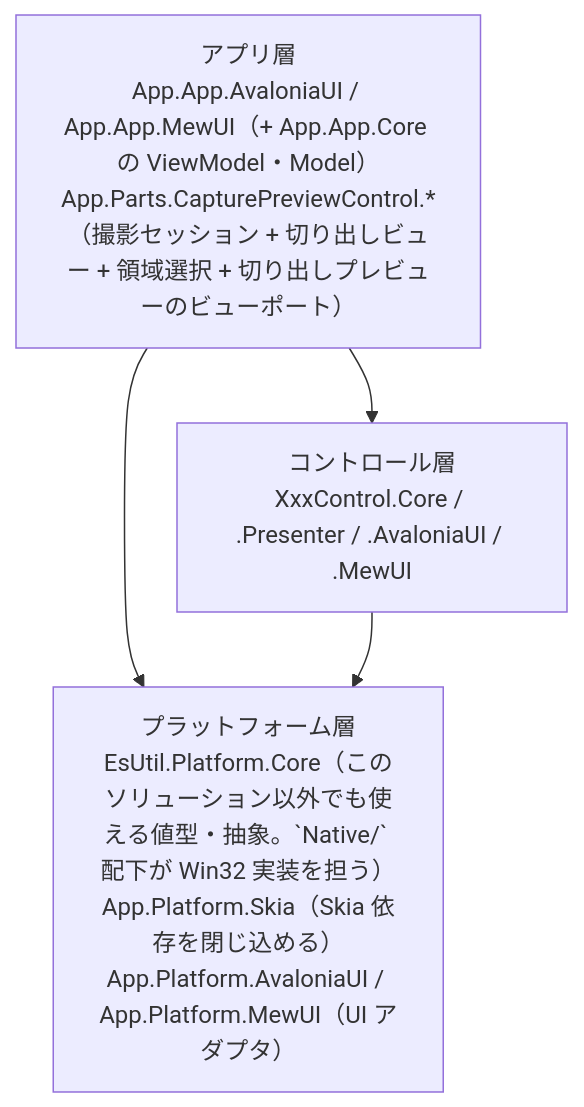
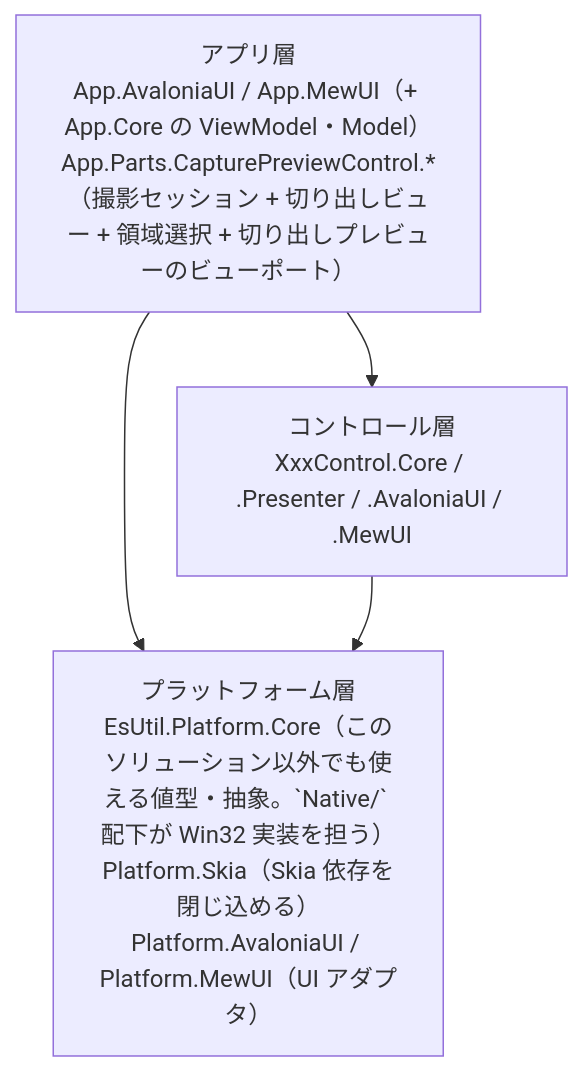
The first of 2 diagrams in src/README.md (tomokuni/SaveEvidence), drawn with Mermaid before and after one commit. The commit also changed other lines of this file and 585 other files, not shown here.

````diff
--- a/src/README.md
+++ b/src/README.md
@@ -8,9 +8,9 @@
 ```mermaid
 flowchart TB
-    APP["アプリ層<br/>App.App.AvaloniaUI / App.App.MewUI（+ App.App.Core の ViewModel・Model）<br/>App.Parts.CapturePreviewControl.*（撮影セッション + 切り出しビュー + 領域選択 + 切り出しプレビューのビューポート）"]
+    APP["アプリ層<br/>App.AvaloniaUI / App.MewUI（+ App.Core の ViewModel・Model）<br/>App.Parts.CapturePreviewControl.*（撮影セッション + 切り出しビュー + 領域選択 + 切り出しプレビューのビューポート）"]
     CTRL["コントロール層<br/>XxxControl.Core / .Presenter / .AvaloniaUI / .MewUI"]
-    PLAT["プラットフォーム層<br/>EsUtil.Platform.Core（このソリューション以外でも使える値型・抽象。`Native/` 配下が Win32 実装を担う）<br/>App.Platform.Skia（Skia 依存を閉じ込める）<br/>App.Platform.AvaloniaUI / App.Platform.MewUI（UI アダプタ）"]
+    PLAT["プラットフォーム層<br/>EsUtil.Platform.Core（このソリューション以外でも使える値型・抽象。`Native/` 配下が Win32 実装を担う）<br/>Platform.Skia（Skia 依存を閉じ込める）<br/>Platform.AvaloniaUI / Platform.MewUI（UI アダプタ）"]
     APP --> CTRL
     APP --> PLAT
     CTRL --> PLAT
 ```
````
